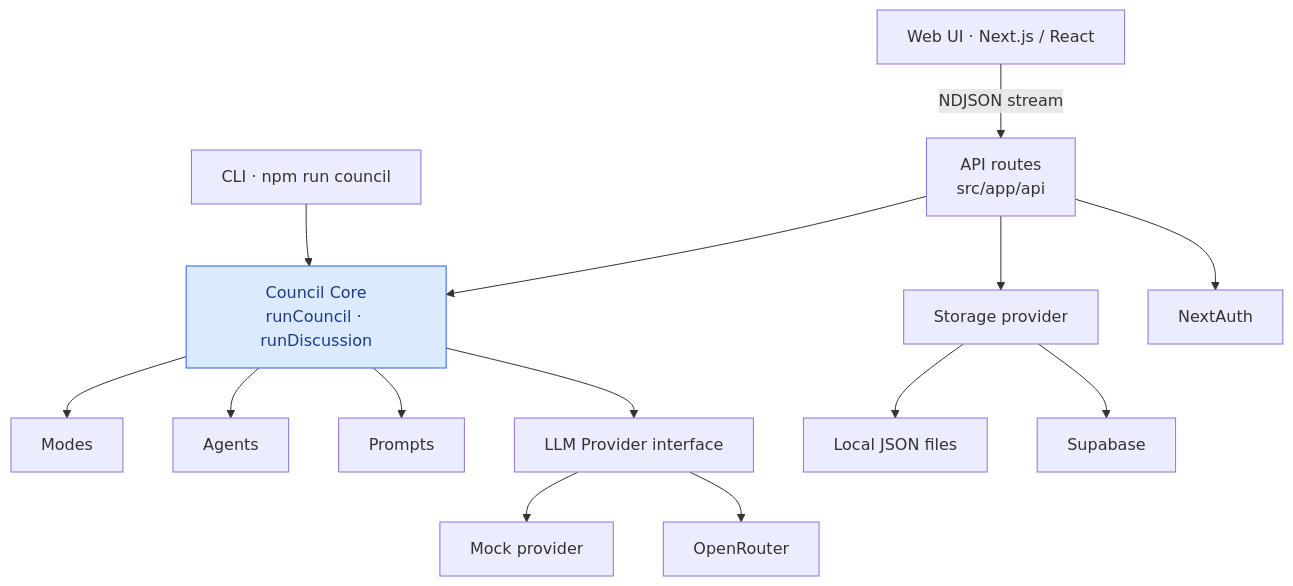
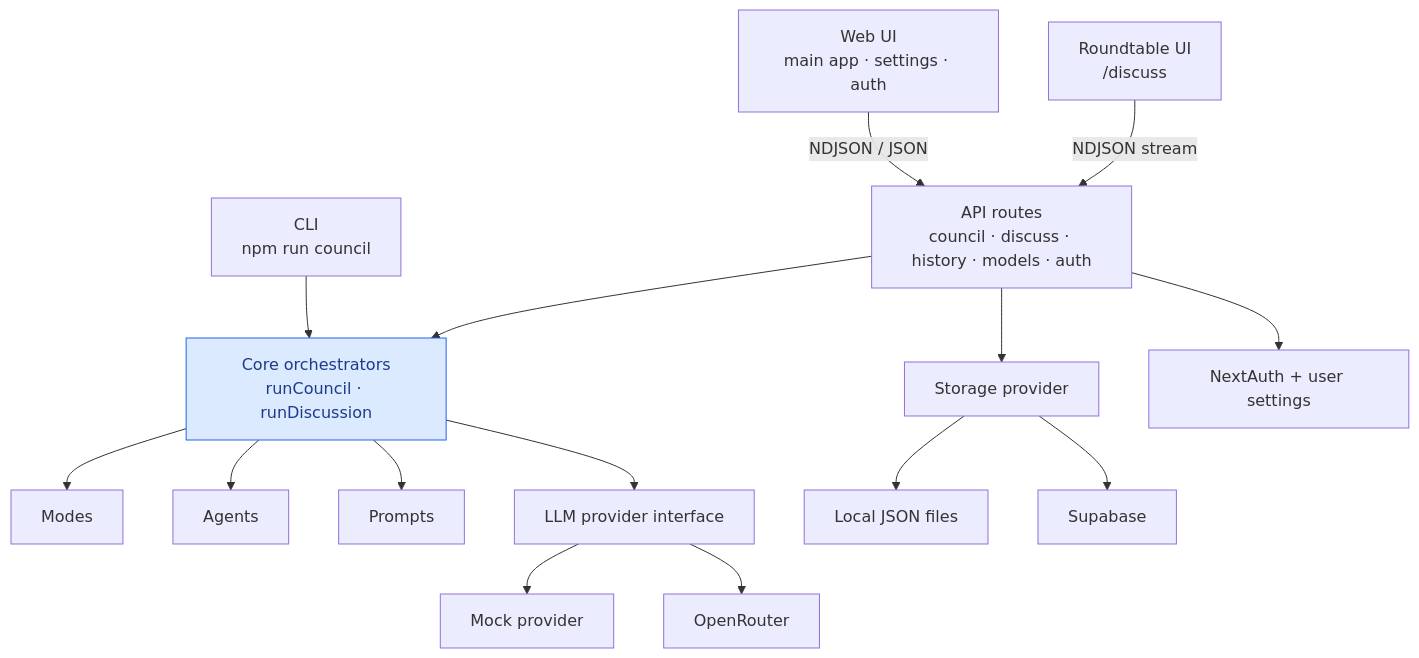
The third of 3 diagrams in README.md (Freudenberger/multi-agent-llm-council), drawn with Mermaid before and after one commit. The commit also changed other lines of this file and 1 other file, not shown here.

Commit message:
feat(docs): update README with new council modes and CLI options

````diff
--- a/README.md
+++ b/README.md
@@ -205,18 +215,19 @@
 ```mermaid
 flowchart TD
-    UI["Web UI · Next.js / React"] -->|"NDJSON stream"| API["API routes<br/>src/app/api"]
-    CLI["CLI · npm run council"] --> CORE
-    API --> CORE["Council Core<br/>runCouncil · runDiscussion"]
-    CORE --> MODES["Modes"]
-    CORE --> AGENTS["Agents"]
-    CORE --> PROMPTS["Prompts"]
-    CORE --> PROV["LLM Provider interface"]
+  UI["Web UI<br/>main app · settings · auth"] -->|"NDJSON / JSON"| API["API routes<br/>council · discuss · history · models · auth"]
+  DISCUSS["Roundtable UI<br/>/discuss"] -->|"NDJSON stream"| API
+  CLI["CLI<br/>npm run council"] --> CORE
+  API --> CORE["Core orchestrators<br/>runCouncil · runDiscussion"]
+  CORE --> MODES["Modes"]
+  CORE --> AGENTS["Agents"]
+  CORE --> PROMPTS["Prompts"]
+  CORE --> PROV["LLM provider interface"]
     PROV --> MOCK["Mock provider"]
     PROV --> OR["OpenRouter"]
-    API --> STORE["Storage provider"]
+  API --> STORE["Storage provider"]
     STORE --> LOCAL["Local JSON files"]
     STORE --> SUPA["Supabase"]
-    API --> AUTH["NextAuth"]
+  API --> AUTH["NextAuth + user settings"]
     classDef core fill:#dbeafe,stroke:#2563eb,color:#1e3a8a;
     class CORE core;
 ```
````
